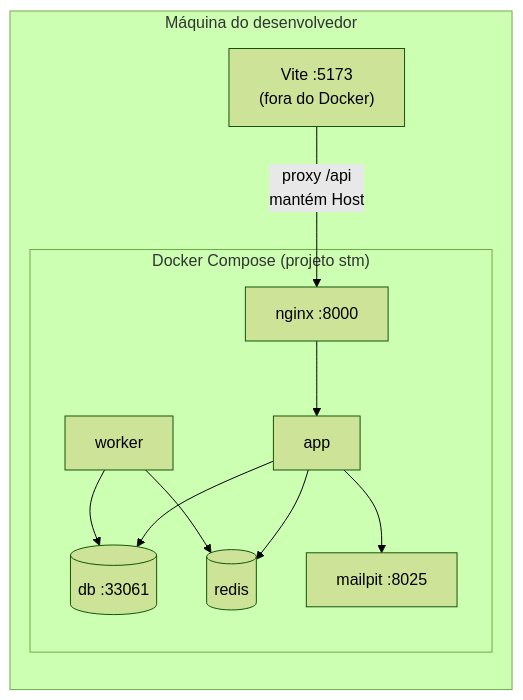
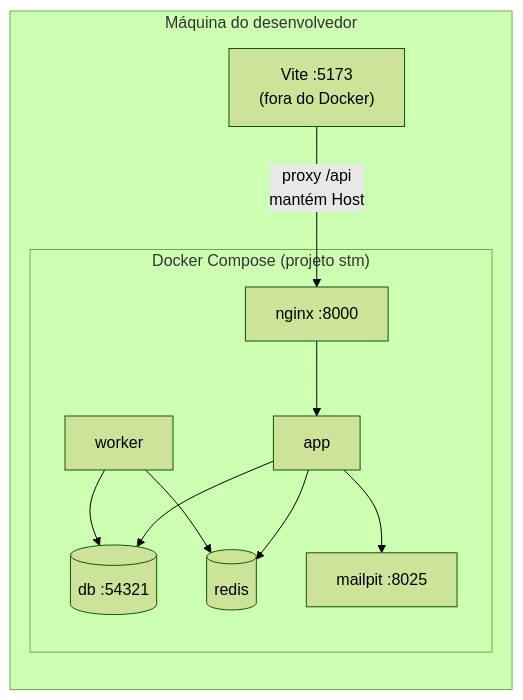
Before and after one commit to CristovaoCarlos/ERP-Estudos: the fifth of 5 diagrams in docs/arquitetura/arc42.md, drawn with Mermaid (forest theme). The commit also changed other lines of this file and 15 other files, not shown here.

````diff
--- a/docs/arquitetura/arc42.md
+++ b/docs/arquitetura/arc42.md
@@ -183,21 +183,21 @@
 ```mermaid
 flowchart LR
     subgraph maquina["Máquina do desenvolvedor"]
         vite["Vite :5173<br/>(fora do Docker)"]
         subgraph compose["Docker Compose (projeto stm)"]
             nginx["nginx :8000"]
             app["app"]
             worker["worker"]
-            db[("db :33061")]
+            db[("db :54321")]
             redis[("redis")]
             mailpit["mailpit :8025"]
         end
     end
     vite -- "proxy /api<br/>mantém Host" --> nginx
     nginx --> app
     app --> db
     app --> redis
     worker --> redis
     worker --> db
     app --> mailpit
 ```
````
